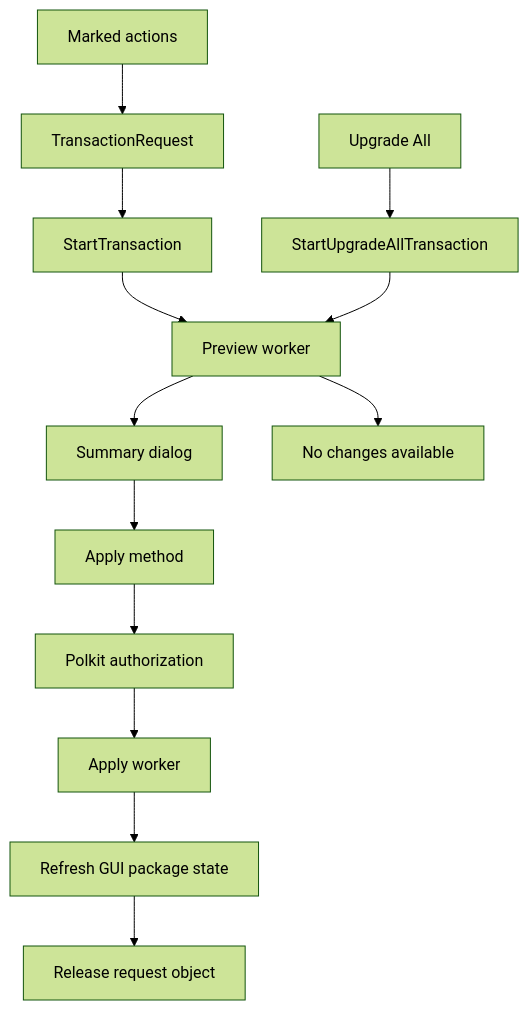
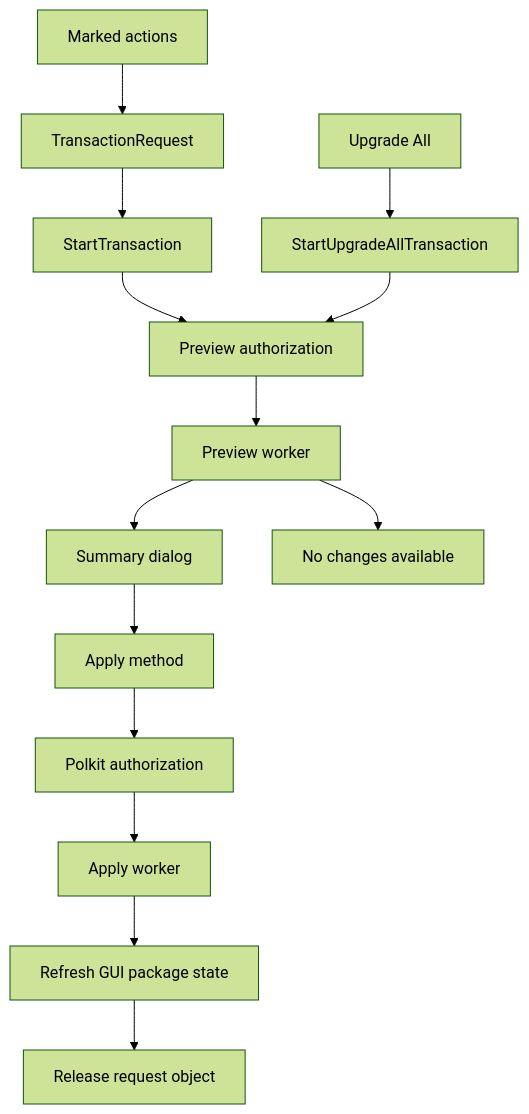
Before and after one commit to dnfui/dnf-ui: the first of 2 diagrams in docs/transactions.md, drawn with Mermaid (forest theme). The commit also changed other lines of this file and 12 other files, not shown here.

````diff
--- a/docs/transactions.md
+++ b/docs/transactions.md
@@ -88,15 +90,16 @@
 ```mermaid
 flowchart TD
     Mark[Marked actions] --> Request[TransactionRequest]
     UpgradeAll[Upgrade All] --> StartAll[StartUpgradeAllTransaction]
     Request --> Start[StartTransaction]
-    Start --> Preview[Preview worker]
-    StartAll --> Preview
+    Start --> PreviewAuth[Preview authorization]
+    StartAll --> PreviewAuth
+    PreviewAuth --> Preview[Preview worker]
     Preview --> Dialog[Summary dialog]
     Preview --> NoChanges[No changes available]
     Dialog --> Apply[Apply method]
     Apply --> Auth[Polkit authorization]
     Auth --> Run[Apply worker]
     Run --> Refresh[Refresh GUI package state]
     Refresh --> Release[Release request object]
 ```
````
